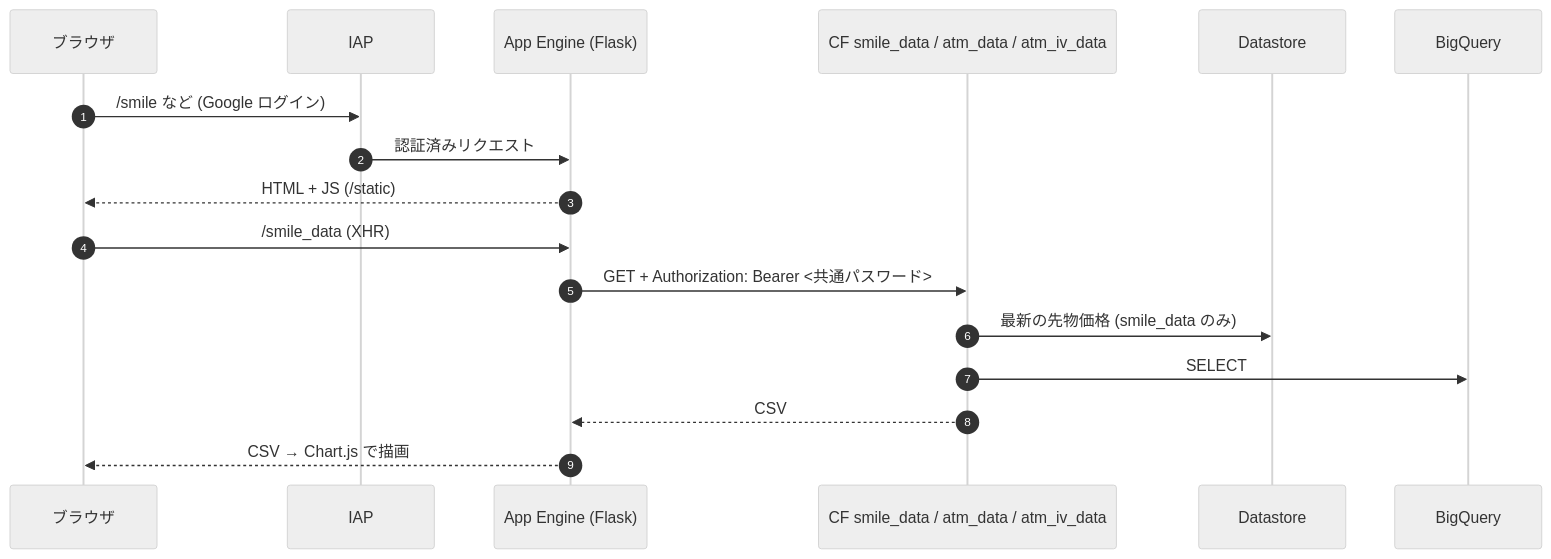
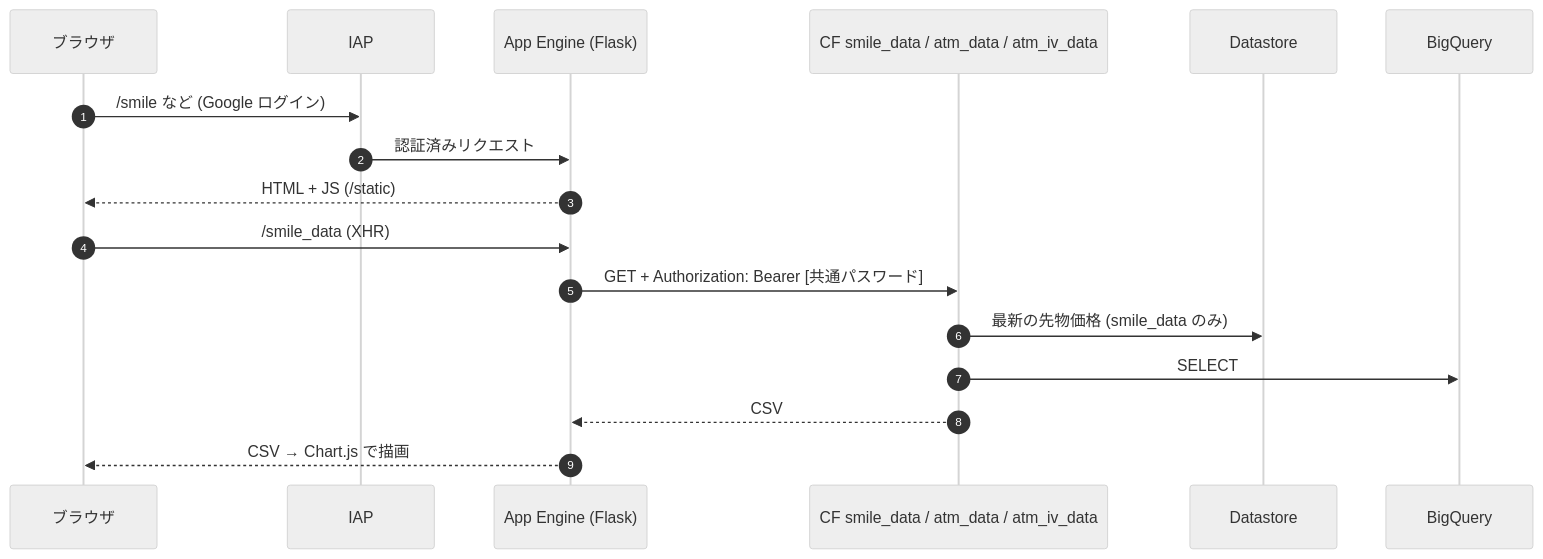
One commit to terukusu/optionchan-gcp changed the third of 3 diagrams in docs/architecture/current.md. Above: the diagram before and after it, drawn with Mermaid (neutral theme). The commit also changed other lines of this file and 1 other file, not shown here.

````diff
--- a/docs/architecture/current.md
+++ b/docs/architecture/current.md
@@ -116,20 +116,20 @@
 ```mermaid
 sequenceDiagram
     autonumber
     participant B as ブラウザ
     participant IAP as IAP
     participant GAE as App Engine (Flask)
     participant CF as CF smile_data / atm_data / atm_iv_data
     participant DS as Datastore
     participant BQ as BigQuery
 
     B->>IAP: /smile など (Google ログイン)
     IAP->>GAE: 認証済みリクエスト
     GAE-->>B: HTML + JS (/static)
     B->>GAE: /smile_data (XHR)
-    GAE->>CF: GET + Authorization: Bearer <共通パスワード>
+    GAE->>CF: GET + Authorization: Bearer [共通パスワード]
     CF->>DS: 最新の先物価格 (smile_data のみ)
     CF->>BQ: SELECT
     CF-->>GAE: CSV
     GAE-->>B: CSV → Chart.js で描画
 ```
````
